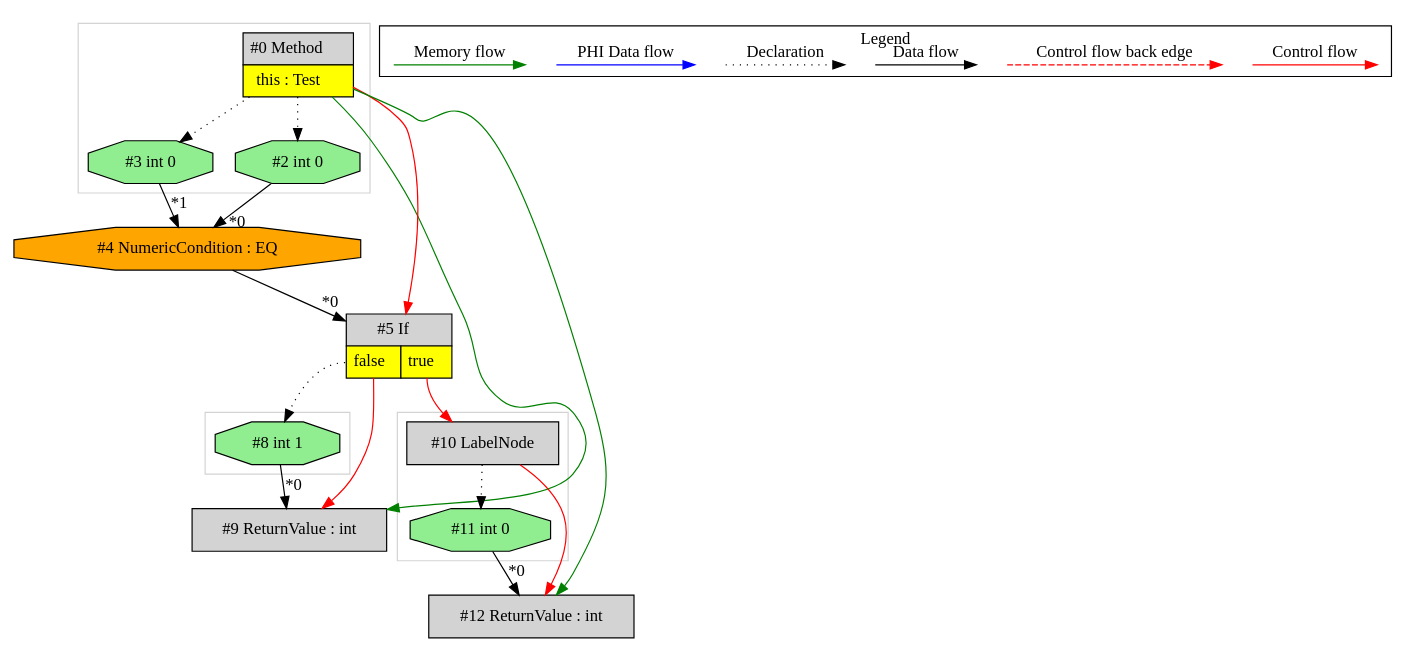
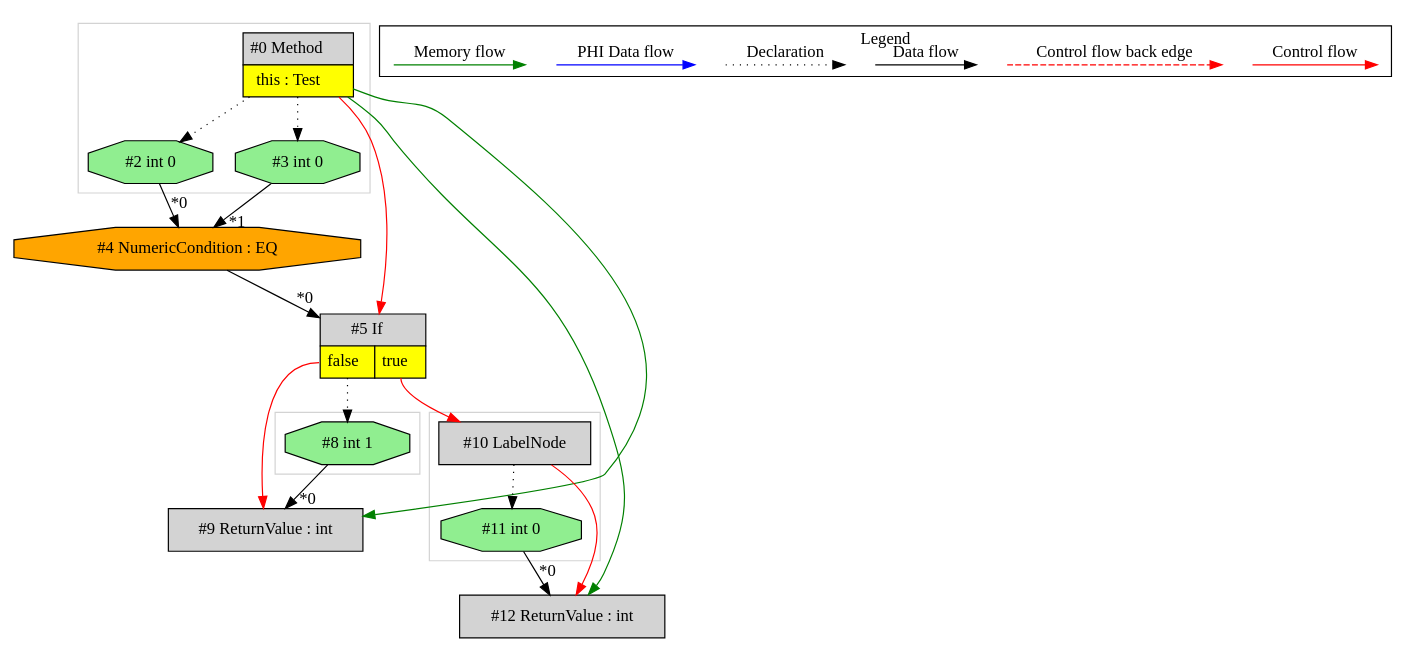
Before and after one commit to mirkosertic/MetaIR: the diagram in de.mirkosertic.metair.ir.OpcodeIFICMPEQTest/test_IF_ICMPEQ/ir.dot, drawn with Graphviz. The commit also changed other lines of this file and 1231 other files, not shown here.

```diff
--- a/de.mirkosertic.metair.ir.OpcodeIFICMPEQTest/test_IF_ICMPEQ/ir.dot
+++ b/de.mirkosertic.metair.ir.OpcodeIFICMPEQTest/test_IF_ICMPEQ/ir.dot
@@ -1,69 +1,69 @@
 digraph {
  ordering="in";
  node0[margin="0", label=<<table border="0" cellborder="1" cellspacing="0" cellpadding="5"><tr><td colspan="1">#0 Method</td></tr><tr><td port="prj1" bgcolor="yellow">this : Test</td></tr></table>>,shape=none, fillcolor=lightgrey, style=filled];
+ node3[label="#3 int 0",shape=octagon, fillcolor=lightgreen, style=filled];
+ node0 -> node3[style=dotted];
+ node4[label="#4 NumericCondition : EQ",shape=octagon, fillcolor=orange, style=filled];
+ node2 -> node4[headlabel="*0", labeldistance=2];
+ node3 -> node4[headlabel="*1", labeldistance=2];
+ node2[label="#2 int 0",shape=octagon, fillcolor=lightgreen, style=filled];
+ node0 -> node2[style=dotted];
+ node5[margin="0", label=<<table border="0" cellborder="1" cellspacing="0" cellpadding="5"><tr><td colspan="2">#5 If</td></tr><tr><td port="prj6" bgcolor="yellow">false</td><td port="prj7" bgcolor="yellow">true</td></tr></table>>,shape=none, fillcolor=lightgrey, style=filled];
+ node4 -> node5[headlabel="*0", labeldistance=2];
+ node0 -> node5[labeldistance=2, color=red, fontcolor=red];
+ node10[label="#10 LabelNode",shape=box, fillcolor=lightgrey, style=filled];
+ node5:prj7 -> node10[labeldistance=2, color=red, fontcolor=red];
+ node11[label="#11 int 0",shape=octagon, fillcolor=lightgreen, style=filled];
+ node10 -> node11[style=dotted];
+ node12[label="#12 ReturnValue : int",shape=box, fillcolor=lightgrey, style=filled];
+ node11 -> node12[headlabel="*0", labeldistance=2];
+ node10 -> node12[labeldistance=2, color=red, fontcolor=red];
+ node0 -> node12[labeldistance=2, color=green, constraint=false];
  node9[label="#9 ReturnValue : int",shape=box, fillcolor=lightgrey, style=filled];
  node8 -> node9[headlabel="*0", labeldistance=2];
  node5:prj6 -> node9[labeldistance=2, color=red, fontcolor=red];
  node0 -> node9[labeldistance=2, color=green, constraint=false];
- node5[margin="0", label=<<table border="0" cellborder="1" cellspacing="0" cellpadding="5"><tr><td colspan="2">#5 If</td></tr><tr><td port="prj6" bgcolor="yellow">false</td><td port="prj7" bgcolor="yellow">true</td></tr></table>>,shape=none, fillcolor=lightgrey, style=filled];
- node4 -> node5[headlabel="*0", labeldistance=2];
- node0 -> node5[labeldistance=2, color=red, fontcolor=red];
- node4[label="#4 NumericCondition : EQ",shape=octagon, fillcolor=orange, style=filled];
- node2 -> node4[headlabel="*0", labeldistance=2];
- node3 -> node4[headlabel="*1", labeldistance=2];
- node3[label="#3 int 0",shape=octagon, fillcolor=lightgreen, style=filled];
- node0 -> node3[style=dotted];
- node2[label="#2 int 0",shape=octagon, fillcolor=lightgreen, style=filled];
- node0 -> node2[style=dotted];
- node10[label="#10 LabelNode",shape=box, fillcolor=lightgrey, style=filled];
- node5:prj7 -> node10[labeldistance=2, color=red, fontcolor=red];
- node12[label="#12 ReturnValue : int",shape=box, fillcolor=lightgrey, style=filled];
- node11 -> node12[headlabel="*0", labeldistance=2];
- node10 -> node12[labeldistance=2, color=red, fontcolor=red];
- node0 -> node12[labeldistance=2, color=green, constraint=false];
- node11[label="#11 int 0",shape=octagon, fillcolor=lightgreen, style=filled];
- node10 -> node11[style=dotted];
  node8[label="#8 int 1",shape=octagon, fillcolor=lightgreen, style=filled];
  node5:prj6 -> node8[style=dotted];
  subgraph cluster_0 {
   color=lightgray;
   node10;
   node11;
  }
  subgraph cluster_1 {
   color=lightgray;
-  node8;
+  node0;
+  node2;
+  node3;
  }
  subgraph cluster_2 {
   color=lightgray;
-  node0;
-  node2;
-  node3;
+  node8;
  }
  subgraph cluster_000 {
   label = "Legend";
   node [shape=point]
   {
    rank=same;
    c0 [style = invis];
    c1 [style = invis];
    c2 [style = invis];
    c3 [style = invis];
    d0 [style = invis];
    d1 [style = invis];
    d2 [style = invis];
    d3 [style = invis];
    d4 [style = invis];
    d5 [style = invis];
    d6 [style = invis];
    d7 [style = invis];
   }
   c0 -> c1 [label="Control flow", style=solid, color=red]
   c2 -> c3 [label="Control flow back edge", style=dashed, color=red]
   d0 -> d1 [label="Data flow"]
   d2 -> d3 [label="Declaration", style=dotted]
   d4 -> d5 [label="PHI Data flow", color=blue]
   d6 -> d7 [label="Memory flow", color=green]
  }
 
 }
```
